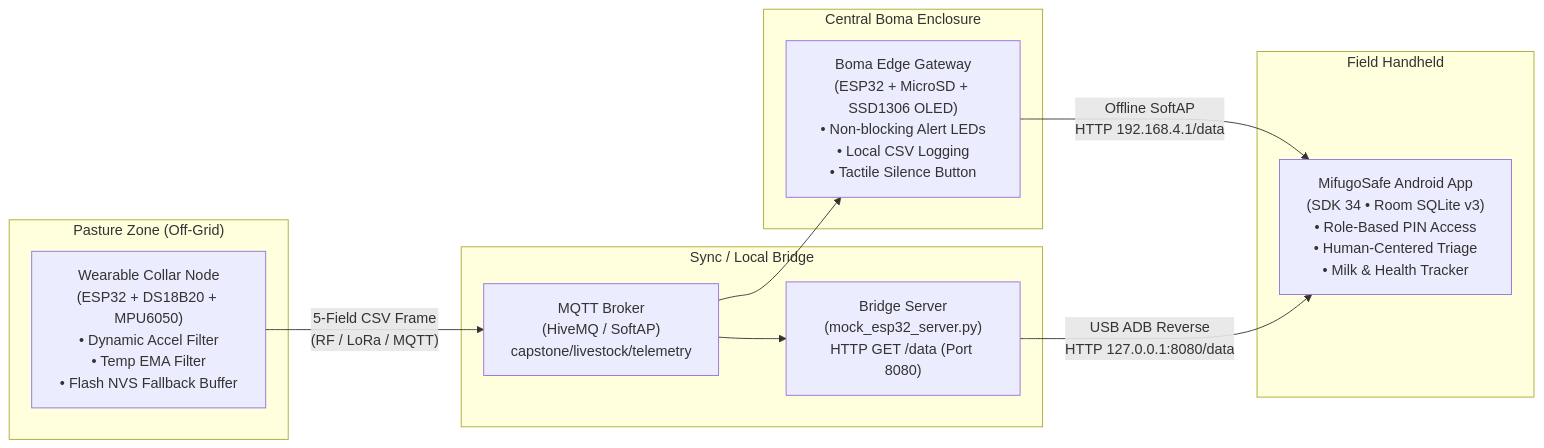
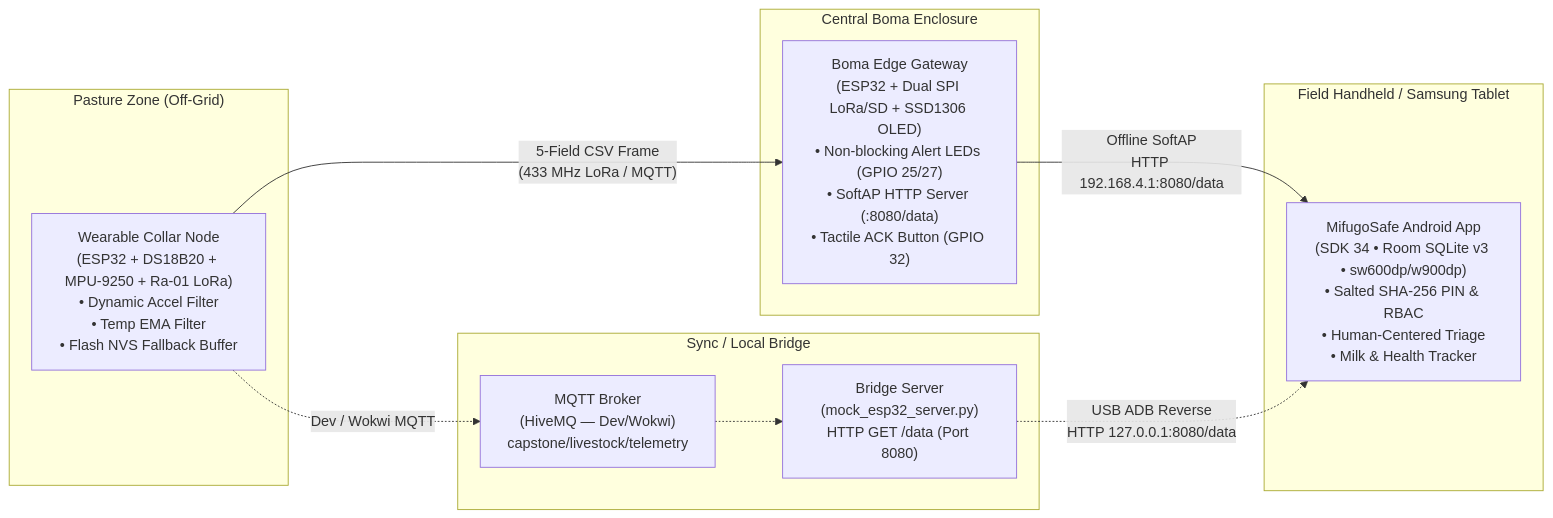
The first of 2 diagrams in README.md (tevintajeu/Livestock-monitoring-system), drawn with Mermaid before and after one commit. The commit also changed other lines of this file and 5 other files, not shown here.

````diff
--- a/README.md
+++ b/README.md
@@ -37,25 +37,25 @@
 ```mermaid
 flowchart LR
     subgraph Pasture["Pasture Zone (Off-Grid)"]
-        node["Wearable Collar Node\n(ESP32 + DS18B20 + MPU6050)\n• Dynamic Accel Filter\n• Temp EMA Filter\n• Flash NVS Fallback Buffer"]
+        node["Wearable Collar Node\n(ESP32 + DS18B20 + MPU-9250 + Ra-01 LoRa)\n• Dynamic Accel Filter\n• Temp EMA Filter\n• Flash NVS Fallback Buffer"]
     end
 
     subgraph Boma["Central Boma Enclosure"]
-        gateway["Boma Edge Gateway\n(ESP32 + MicroSD + SSD1306 OLED)\n• Non-blocking Alert LEDs\n• Local CSV Logging\n• Tactile Silence Button"]
+        gateway["Boma Edge Gateway\n(ESP32 + Dual SPI LoRa/SD + SSD1306 OLED)\n• Non-blocking Alert LEDs (GPIO 25/27)\n• SoftAP HTTP Server (:8080/data)\n• Tactile ACK Button (GPIO 32)"]
     end
 
     subgraph Bridge["Sync / Local Bridge"]
-        broker["MQTT Broker\n(HiveMQ / SoftAP)\ncapstone/livestock/telemetry"]
+        broker["MQTT Broker\n(HiveMQ — Dev/Wokwi)\ncapstone/livestock/telemetry"]
         pyBridge["Bridge Server\n(mock_esp32_server.py)\nHTTP GET /data (Port 8080)"]
     end
 
-    subgraph Mobile["Field Handheld"]
-        app["MifugoSafe Android App\n(SDK 34 • Room SQLite v3)\n• Role-Based PIN Access\n• Human-Centered Triage\n• Milk & Health Tracker"]
+    subgraph Mobile["Field Handheld / Samsung Tablet"]
+        app["MifugoSafe Android App\n(SDK 34 • Room SQLite v3 • sw600dp/w900dp)\n• Salted SHA-256 PIN & RBAC\n• Human-Centered Triage\n• Milk & Health Tracker"]
     end
 
-    node -->|"5-Field CSV Frame\n(RF / LoRa / MQTT)"| broker
-    broker --> gateway
-    broker --> pyBridge
-    gateway -->|"Offline SoftAP\nHTTP 192.168.4.1/data"| app
-    pyBridge -->|"USB ADB Reverse\nHTTP 127.0.0.1:8080/data"| app
+    node -->|"5-Field CSV Frame\n(433 MHz LoRa / MQTT)"| gateway
+    node -.->|"Dev / Wokwi MQTT"| broker
+    broker -.-> pyBridge
+    gateway -->|"Offline SoftAP\nHTTP 192.168.4.1:8080/data"| app
+    pyBridge -.->|"USB ADB Reverse\nHTTP 127.0.0.1:8080/data"| app
 ```
````
